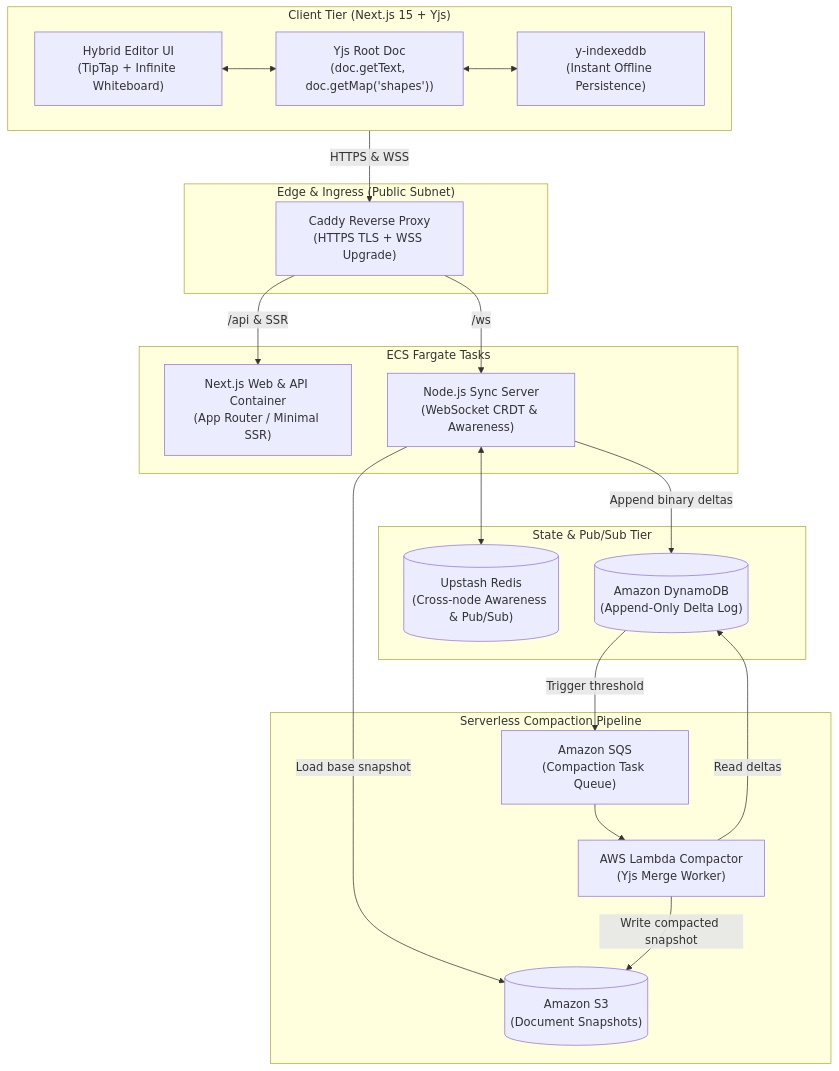
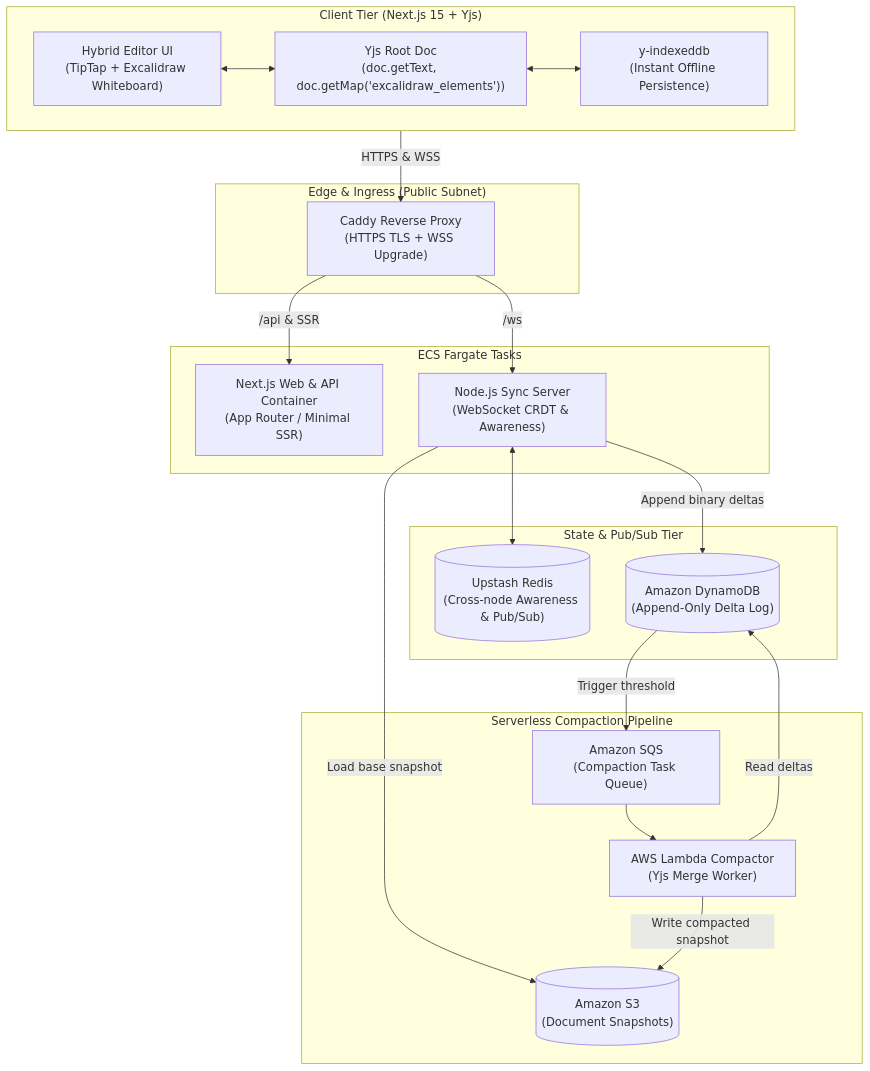
Before and after one commit to yashrrrr/SyncBytes: the diagram in README.md, drawn with Mermaid. The commit also changed other lines of this file and 244 other files, not shown here.

````diff
--- a/README.md
+++ b/README.md
@@ -17,41 +17,41 @@
 ```mermaid
 flowchart TD
     subgraph Client["Client Tier (Next.js 15 + Yjs)"]
-        UI["Hybrid Editor UI\n(TipTap + Infinite Whiteboard)"]
-        YDoc["Yjs Root Doc\n(doc.getText, doc.getMap('shapes'))"]
+        UI["Hybrid Editor UI\n(TipTap + Excalidraw Whiteboard)"]
+        YDoc["Yjs Root Doc\n(doc.getText, doc.getMap('excalidraw_elements'))"]
         IndexedDB["y-indexeddb\n(Instant Offline Persistence)"]
         YDoc <--> IndexedDB
         UI <--> YDoc
     end
 
     subgraph Ingress["Edge & Ingress (Public Subnet)"]
         Caddy["Caddy Reverse Proxy\n(HTTPS TLS + WSS Upgrade)"]
     end
 
     subgraph Compute["ECS Fargate Tasks"]
         NextApp["Next.js Web & API Container\n(App Router / Minimal SSR)"]
         SyncServer["Node.js Sync Server\n(WebSocket CRDT & Awareness)"]
     end
 
     subgraph State["State & Pub/Sub Tier"]
         Redis[("Upstash Redis\n(Cross-node Awareness & Pub/Sub)")]
         DDB[("Amazon DynamoDB\n(Append-Only Delta Log)")]
     end
 
     subgraph Compaction["Serverless Compaction Pipeline"]
         SQS["Amazon SQS\n(Compaction Task Queue)"]
         Lambda["AWS Lambda Compactor\n(Yjs Merge Worker)"]
         S3[("Amazon S3\n(Document Snapshots)")]
     end
 
     Client -->|HTTPS & WSS| Caddy
     Caddy -->|/api & SSR| NextApp
     Caddy -->|/ws| SyncServer
     SyncServer <--> Redis
     SyncServer -->|Append binary deltas| DDB
     SyncServer -->|Load base snapshot| S3
     DDB -->|Trigger threshold| SQS
     SQS --> Lambda
     Lambda -->|Read deltas| DDB
     Lambda -->|Write compacted snapshot| S3
 ```
````
